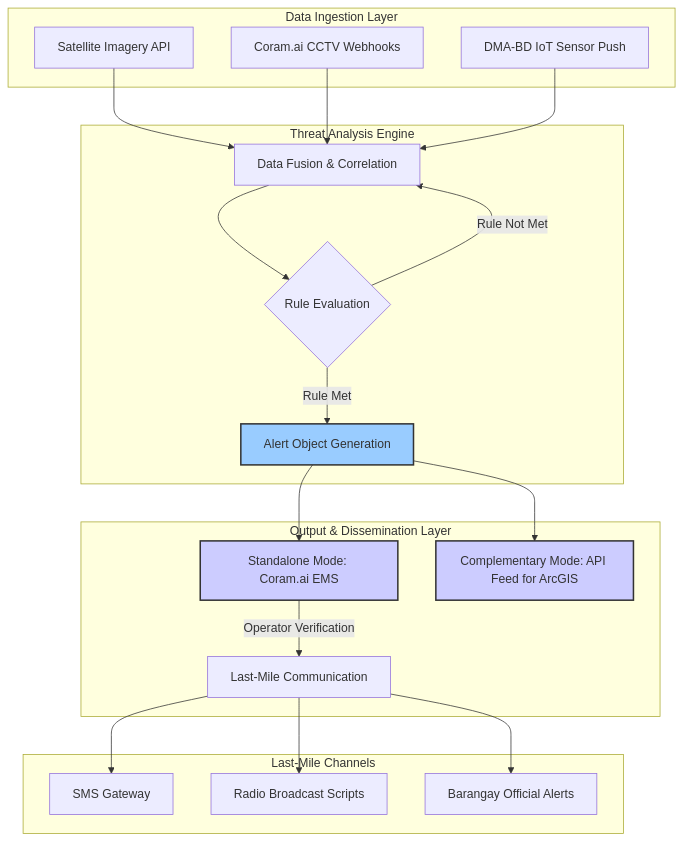
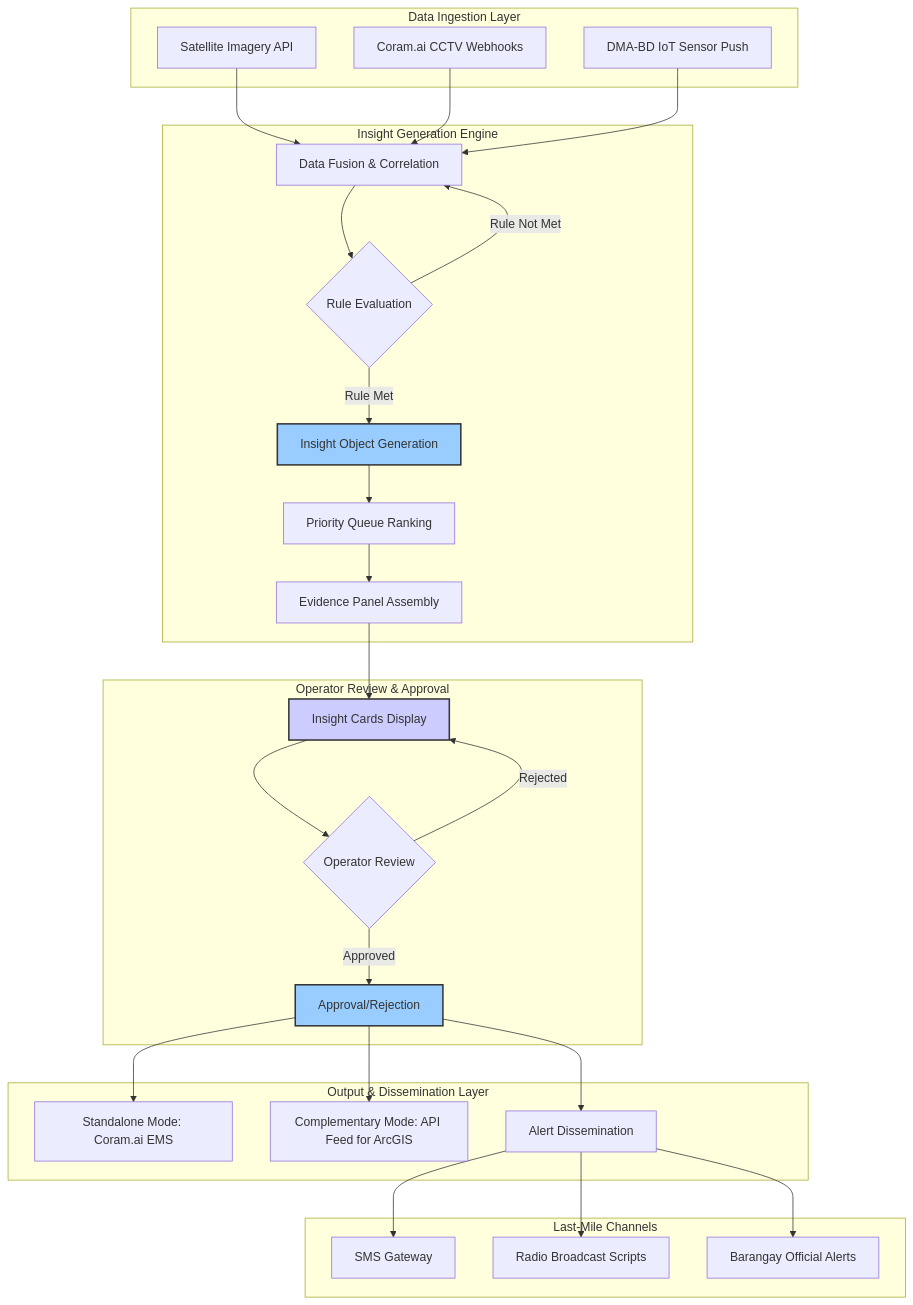
Before and after one commit to ijdoe/camsur-bmad: the diagram in docs/02-design/user-experience/system-workflow.md, drawn with Mermaid. The commit also changed other lines of this file and 11 other files, not shown here.

````diff
--- a/docs/02-design/user-experience/system-workflow.md
+++ b/docs/02-design/user-experience/system-workflow.md
@@ -9,47 +9,62 @@
 ```mermaid
 graph TD
     subgraph "Data Ingestion Layer"
         A[Satellite Imagery API]
         B[Coram.ai CCTV Webhooks]
         C[DMA-BD IoT Sensor Push]
     end
 
-    subgraph "Threat Analysis Engine"
+    subgraph "Insight Generation Engine"
         D[Data Fusion & Correlation]
         E{Rule Evaluation}
-        F[Alert Object Generation]
+        F[Insight Object Generation]
+        G[Priority Queue Ranking]
+        H[Evidence Panel Assembly]
+    end
+
+    subgraph "Operator Review & Approval"
+        I[Insight Cards Display]
+        J{Operator Review}
+        K[Approval/Rejection]
     end
 
     subgraph "Output & Dissemination Layer"
-        G[Standalone Mode: Coram.ai EMS]
-        H[Complementary Mode: API Feed for ArcGIS]
-        I[Last-Mile Communication]
+        L[Standalone Mode: Coram.ai EMS]
+        M[Complementary Mode: API Feed for ArcGIS]
+        N[Alert Dissemination]
     end
 
     A --> D
     B --> D
     C --> D
     D --> E
 
     E -- Rule Met --> F
     E -- Rule Not Met --> D
 
     F --> G
-    F --> H
+    G --> H
+    H --> I
 
-    G -- Operator Verification --> I
+    I --> J
+    J -- Approved --> K
+    J -- Rejected --> I
+
+    K --> L
+    K --> M
+    K --> N
 
     subgraph "Last-Mile Channels"
-        J[SMS Gateway]
-        K[Radio Broadcast Scripts]
-        L[Barangay Official Alerts]
+        O[SMS Gateway]
+        P[Radio Broadcast Scripts]
+        Q[Barangay Official Alerts]
     end
 
-    I --> J
-    I --> K
-    I --> L
+    N --> O
+    N --> P
+    N --> Q
 
     style F fill:#9cf,stroke:#333,stroke-width:2px
-    style G fill:#ccf,stroke:#333,stroke-width:2px
-    style H fill:#ccf,stroke:#333,stroke-width:2px
+    style I fill:#ccf,stroke:#333,stroke-width:2px
+    style K fill:#9cf,stroke:#333,stroke-width:2px
 ```
````
